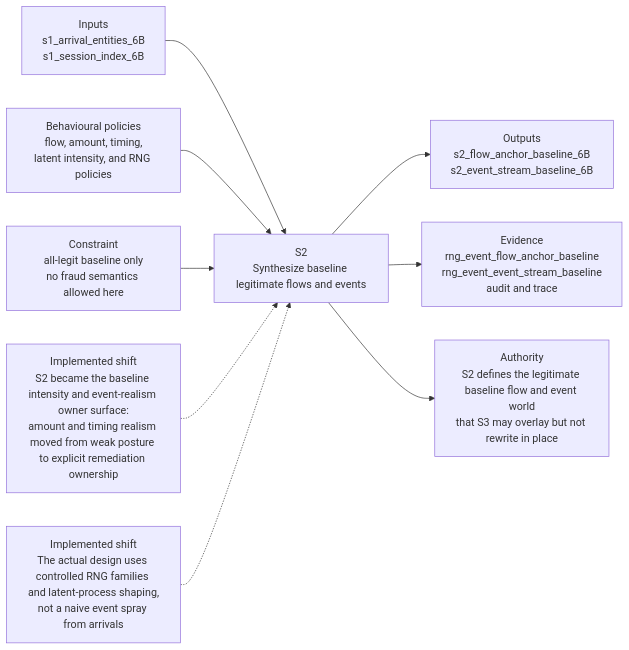
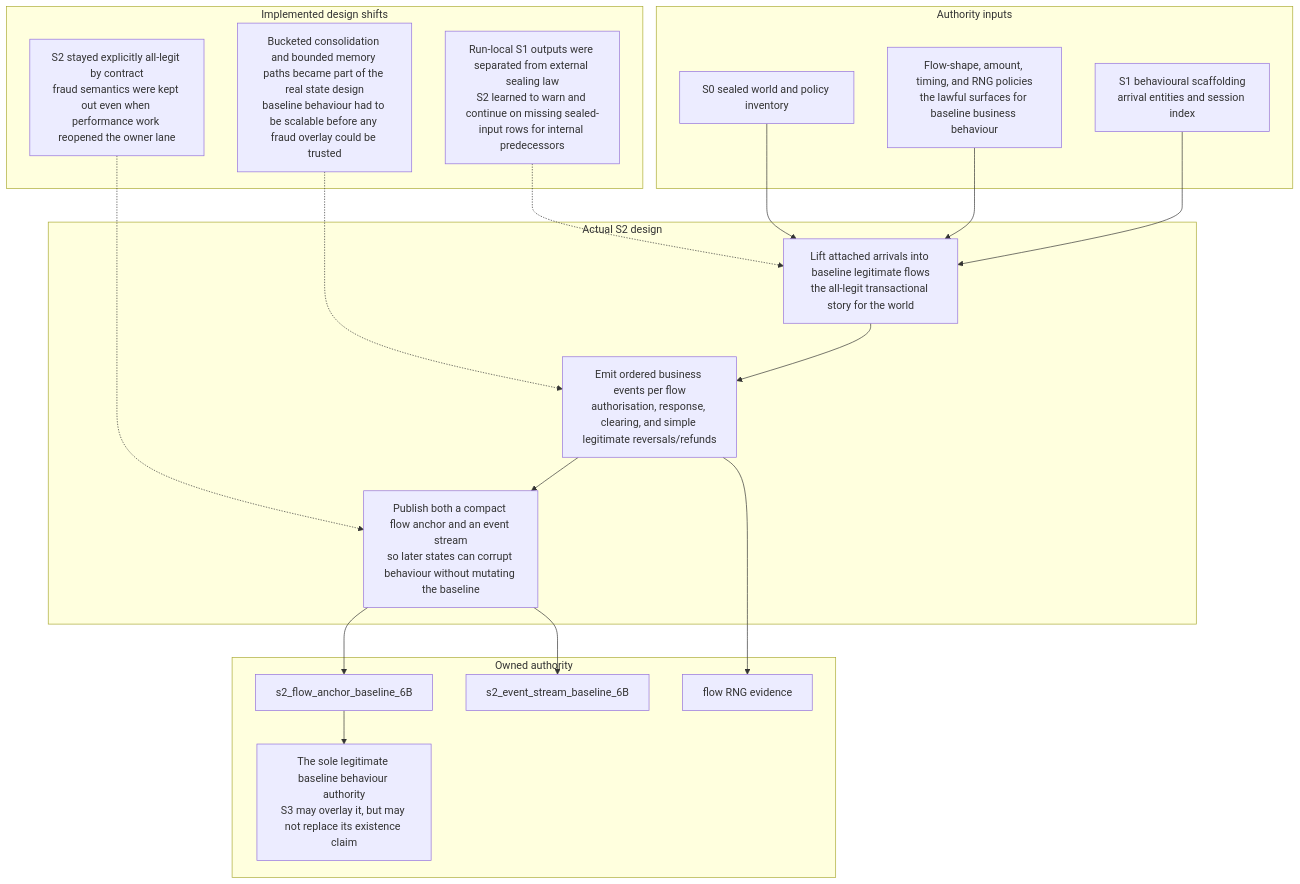
The diagram in docs/design/data-engine/layer-3/6B/6B-S2-design-flow.mmd (EsosaOrumwese/fraud-detection-system), drawn with Mermaid before and after one commit. The commit also changed 23 other files, not shown here.

First line of the commit message:
Refactor design flows for layers 6A and 6B to enhance clarity and structure

```diff
--- a/docs/design/data-engine/layer-3/6B/6B-S2-design-flow.mmd
+++ b/docs/design/data-engine/layer-3/6B/6B-S2-design-flow.mmd
@@ -1,22 +1,39 @@
-flowchart LR
-  U1["Inputs<br/>s1_arrival_entities_6B<br/>s1_session_index_6B"]
-  U2["Behavioural policies<br/>flow, amount, timing,<br/>latent intensity, and RNG policies"]
-  U3["Constraint<br/>all-legit baseline only<br/>no fraud semantics allowed here"]
+flowchart TD
+  subgraph inputs["Authority inputs"]
+    I1["S1 behavioural scaffolding<br/>arrival entities and session index"]
+    I2["Flow-shape, amount, timing, and RNG policies<br/>the lawful surfaces for baseline business behaviour"]
+    I3["S0 sealed world and policy inventory"]
+  end
 
-  S2["S2<br/>Synthesize baseline legitimate flows and events"]
+  subgraph core["Actual S2 design"]
+    C1["Lift attached arrivals into baseline legitimate flows<br/>the all-legit transactional story for the world"]
+    C2["Emit ordered business events per flow<br/>authorisation, response, clearing, and simple legitimate reversals/refunds"]
+    C3["Publish both a compact flow anchor and an event stream<br/>so later states can corrupt behaviour without mutating the baseline"]
+  end
 
-  O1["Outputs<br/>s2_flow_anchor_baseline_6B<br/>s2_event_stream_baseline_6B"]
-  O2["Evidence<br/>rng_event_flow_anchor_baseline<br/>rng_event_event_stream_baseline<br/>audit and trace"]
-  O3["Authority<br/>S2 defines the legitimate baseline flow and event world<br/>that S3 may overlay but not rewrite in place"]
+  subgraph shifts["Implemented design shifts"]
+    S1["Run-local S1 outputs were separated from external sealing law<br/>S2 learned to warn and continue on missing sealed-input rows for internal predecessors"]
+    S2["Bucketed consolidation and bounded memory paths became part of the real state design<br/>baseline behaviour had to be scalable before any fraud overlay could be trusted"]
+    S3["S2 stayed explicitly all-legit by contract<br/>fraud semantics were kept out even when performance work reopened the owner lane"]
+  end
 
-  R1["Implemented shift<br/>S2 became the baseline intensity and event-realism owner surface:<br/>amount and timing realism moved from weak posture to explicit remediation ownership"]
-  R2["Implemented shift<br/>The actual design uses controlled RNG families and latent-process shaping,<br/>not a naive event spray from arrivals"]
+  subgraph outputs["Owned authority"]
+    O1["s2_flow_anchor_baseline_6B"]
+    O2["s2_event_stream_baseline_6B"]
+    O3["flow RNG evidence"]
+    O4["The sole legitimate baseline behaviour authority<br/>S3 may overlay it, but may not replace its existence claim"]
+  end
 
-  U1 --> S2
-  U2 --> S2
-  U3 --> S2
-  S2 --> O1
-  S2 --> O2
-  S2 --> O3
-  R1 -.-> S2
-  R2 -.-> S2
+  I1 --> C1
+  I2 --> C1
+  I3 --> C1
+  C1 --> C2 --> C3
+
+  C3 --> O1
+  C3 --> O2
+  C2 --> O3
+  O1 --> O4
+
+  S1 -.-> C1
+  S2 -.-> C2
+  S3 -.-> C3
```
